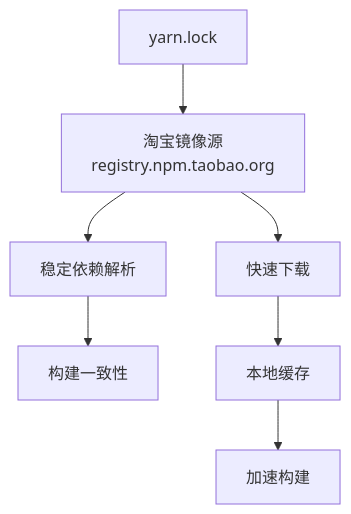
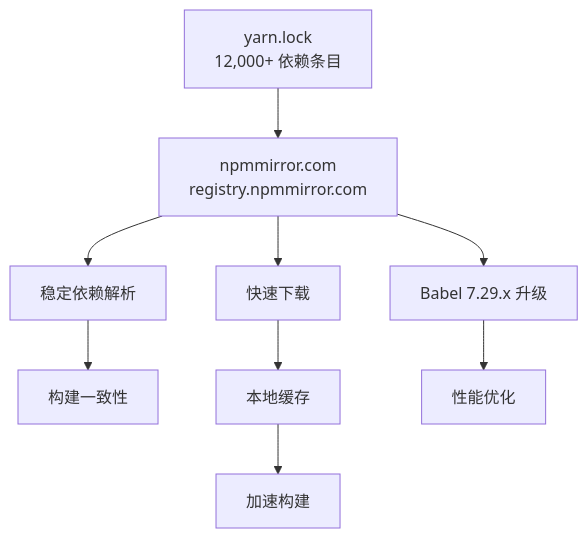
Before and after one commit to TinyMaD/SpeedRunnersLab: diagram 12 of 14 in .qoder/repowiki/zh/content/前端应用/构建部署/前端构建配置.md, drawn with Mermaid. The commit also changed other lines of this file and 4 other files, not shown here.

````diff
--- a/.qoder/repowiki/zh/content/前端应用/构建部署/前端构建配置.md
+++ b/.qoder/repowiki/zh/content/前端应用/构建部署/前端构建配置.md
@@ -429,9 +431,11 @@
 ```mermaid
 flowchart TD
-YARNLOCK["yarn.lock"] --> REGISTRY["淘宝镜像源<br/>registry.npm.taobao.org"]
+YARNLOCK["yarn.lock<br/>12,000+ 依赖条目"] --> REGISTRY["npmmirror.com<br/>registry.npmmirror.com"]
 REGISTRY --> STABLE["稳定依赖解析"]
 REGISTRY --> FAST["快速下载"]
+REGISTRY --> BABEL["Babel 7.29.x 升级"]
 STABLE --> CONSISTENT["构建一致性"]
 FAST --> CACHE["本地缓存"]
+BABEL --> PERF["性能优化"]
 CACHE --> SPEED["加速构建"]
 ```
````
